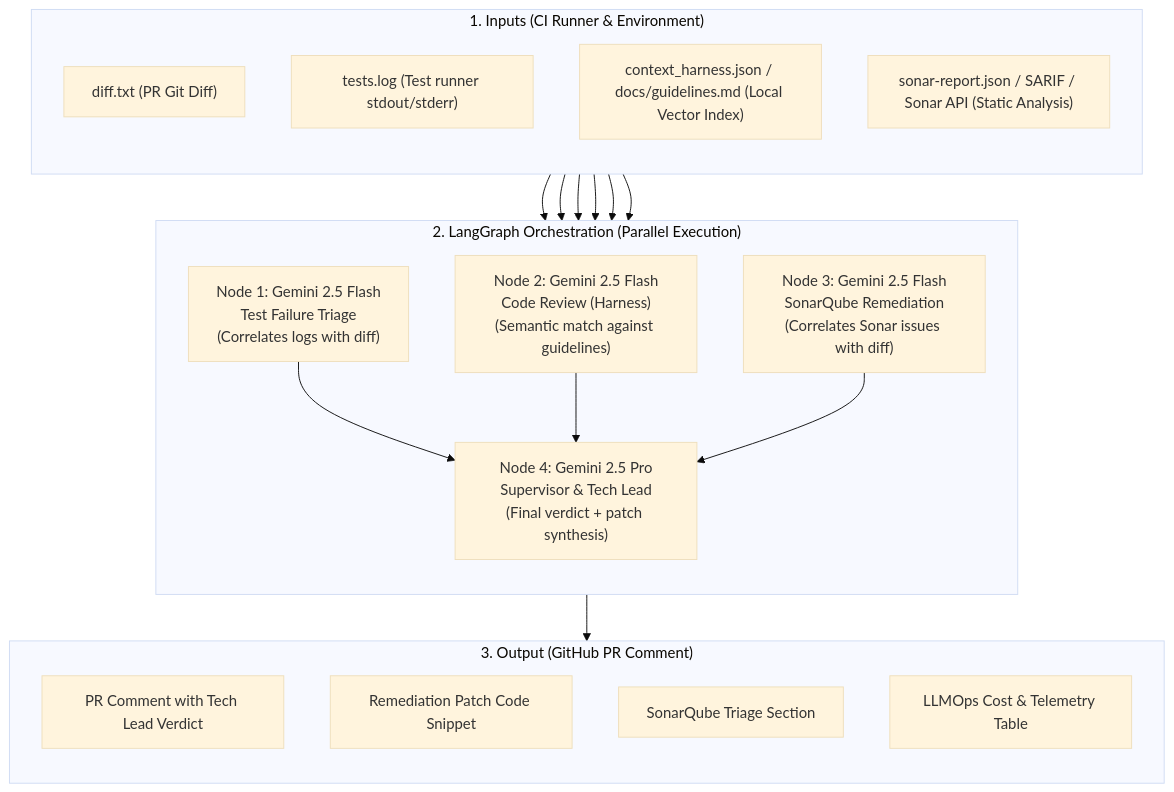
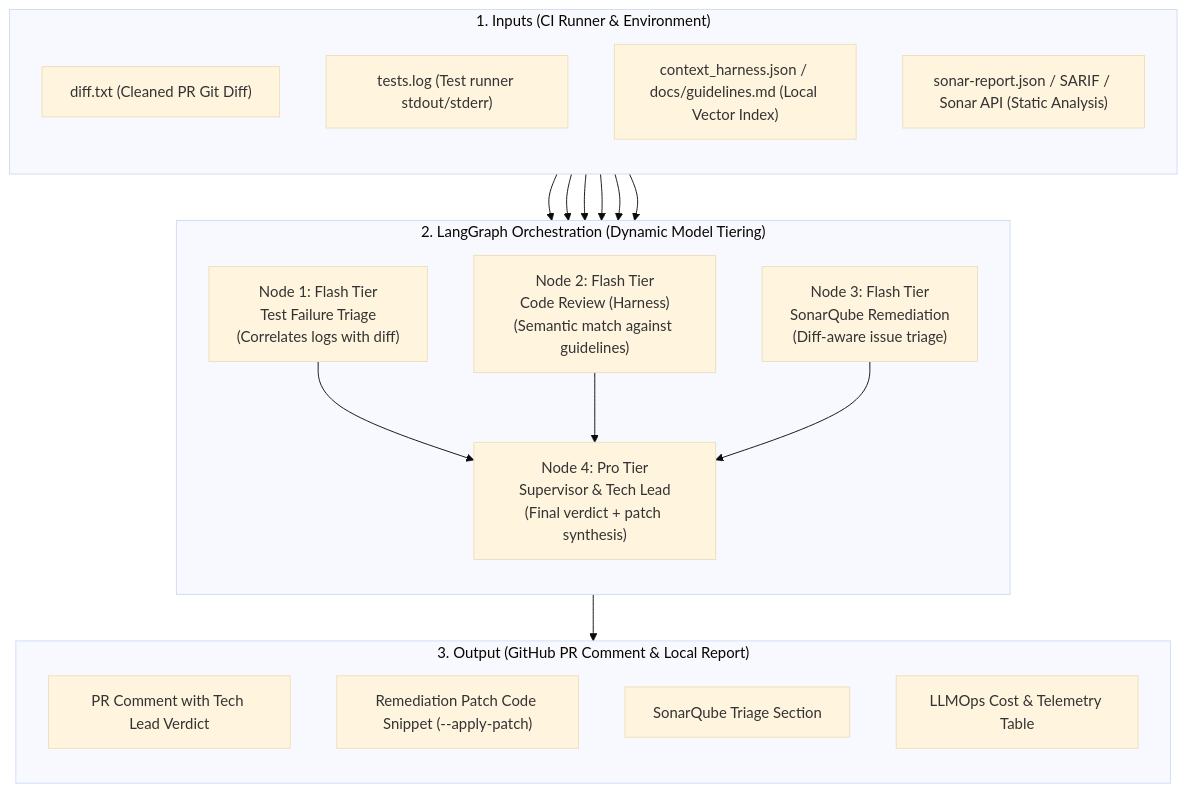
One commit to JPCalsavara/ai-gatekeeper changed the diagram in README.md. Above: the diagram before and after it, drawn with Mermaid (base theme). The commit also changed other lines of this file and 10 other files, not shown here.

First line of the commit message:
feat: release version 1.0.0 with multi-provider LLM, lockfile stripping, diff-aware SonarQube, and patch auto-healing

````diff
--- a/README.md
+++ b/README.md
@@ -16,38 +45,38 @@
 ```mermaid
 flowchart TD
     subgraph Inputs["1. Inputs (CI Runner & Environment)"]
         direction TB
-        E1["diff.txt (PR Git Diff)"]
+        E1["diff.txt (Cleaned PR Git Diff)"]
         E2["tests.log (Test runner stdout/stderr)"]
         E3["context_harness.json / docs/guidelines.md (Local Vector Index)"]
         E4["sonar-report.json / SARIF / Sonar API (Static Analysis)"]
     end
 
-    subgraph LangGraph["2. LangGraph Orchestration (Parallel Execution)"]
+    subgraph LangGraph["2. LangGraph Orchestration (Dynamic Model Tiering)"]
         direction TB
-        N1["Node 1: Gemini 2.5 Flash\nTest Failure Triage\n(Correlates logs with diff)"]
-        N2["Node 2: Gemini 2.5 Flash\nCode Review (Harness)\n(Semantic match against guidelines)"]
-        N3["Node 3: Gemini 2.5 Flash\nSonarQube Remediation\n(Correlates Sonar issues with diff)"]
-        N4["Node 4: Gemini 2.5 Pro\nSupervisor & Tech Lead\n(Final verdict + patch synthesis)"]
+        N1["Node 1: Flash Tier\nTest Failure Triage\n(Correlates logs with diff)"]
+        N2["Node 2: Flash Tier\nCode Review (Harness)\n(Semantic match against guidelines)"]
+        N3["Node 3: Flash Tier\nSonarQube Remediation\n(Diff-aware issue triage)"]
+        N4["Node 4: Pro Tier\nSupervisor & Tech Lead\n(Final verdict + patch synthesis)"]
 
         N1 --> N4
         N2 --> N4
         N3 --> N4
     end
 
-    subgraph Output["3. Output (GitHub PR Comment)"]
+    subgraph Output["3. Output (GitHub PR Comment & Local Report)"]
         direction TB
         O1["PR Comment with Tech Lead Verdict"]
-        O2["Remediation Patch Code Snippet"]
+        O2["Remediation Patch Code Snippet (--apply-patch)"]
         O3["SonarQube Triage Section"]
         O4["LLMOps Cost & Telemetry Table"]
     end
 
     E1 --> N1
     E2 --> N1
     E1 --> N2
     E3 --> N2
     E1 --> N3
     E4 --> N3
     N4 --> Output
 ```
````
